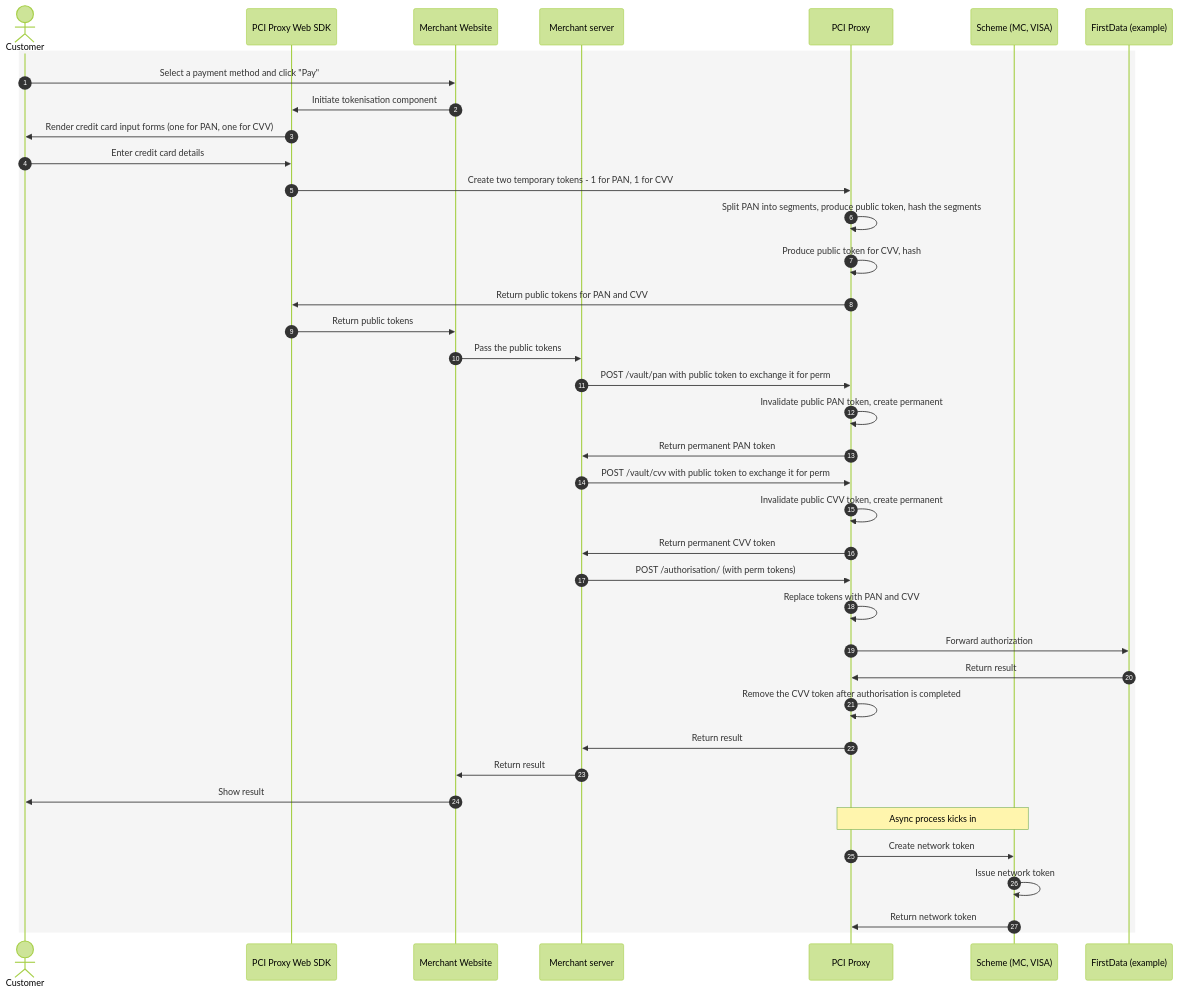
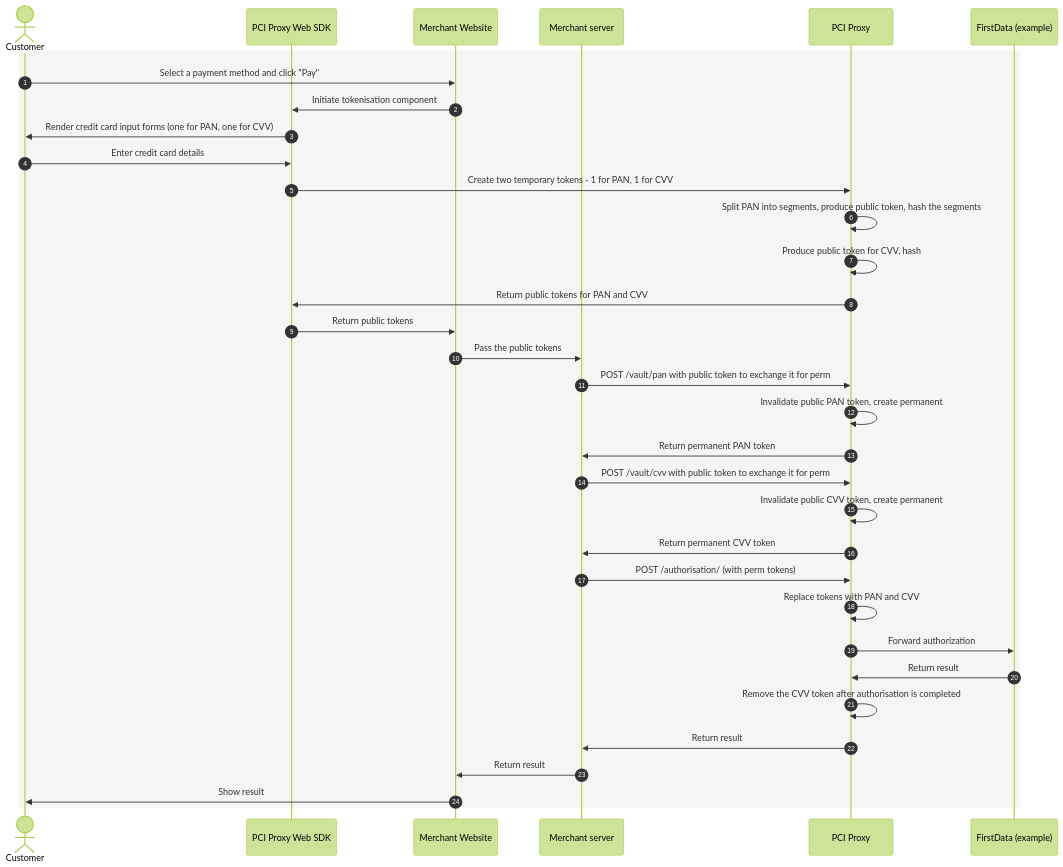
The third of 3 diagrams in index.md (todor-di/todor-di.github.io), drawn with Mermaid (forest theme) before and after one commit. The commit also changed other lines of this file, not shown here.

Commit message:
Move network tokenisation from PCI proxy diagram to notes

````diff
--- a/index.md
+++ b/index.md
@@ -214,43 +214,37 @@
 ```mermaid
 sequenceDiagram
     autonumber
     actor C as Customer
     participant FE as PCI Proxy Web SDK
     participant MFE as Merchant Website
     participant MBE as Merchant server
     participant PRX as PCI Proxy
-    participant SC as Scheme (MC, VISA)
     participant FD as FirstData (example)
 
     rect rgba(128,128,128,0.08)
     C->>MFE: Select a payment method and click "Pay"
     MFE->>FE: Initiate tokenisation component
     FE->>C: Render credit card input forms (one for PAN, one for CVV) 
     C->>FE: Enter credit card details
     FE->>PRX: Create two temporary tokens - 1 for PAN, 1 for CVV
     PRX->>PRX: Split PAN into segments, produce public token, hash the segments
     PRX->>PRX: Produce public token for CVV, hash
     PRX->>FE: Return public tokens for PAN and CVV
     FE->>MFE: Return public tokens
     MFE->>MBE: Pass the public tokens
     MBE->>PRX: POST /vault/pan with public token to exchange it for perm
     PRX->>PRX: Invalidate public PAN token, create permanent
     PRX->>MBE: Return permanent PAN token
     MBE->>PRX: POST /vault/cvv with public token to exchange it for perm
     PRX->>PRX: Invalidate public CVV token, create permanent
     PRX->>MBE: Return permanent CVV token
     MBE->>PRX: POST /authorisation/ (with perm tokens)
     PRX->>PRX: Replace tokens with PAN and CVV
     PRX->>FD: Forward authorization
     FD->>PRX: Return result
     PRX->>PRX: Remove the CVV token after authorisation is completed
     PRX->>MBE: Return result
     MBE->>MFE: Return result
     MFE->>C: Show result
-
-    note over PRX, SC: Async process kicks in;
-    PRX->>SC: Create network token
-    SC->>SC: Issue network token
-    SC->>PRX: Return network token
     end
 ```
````
